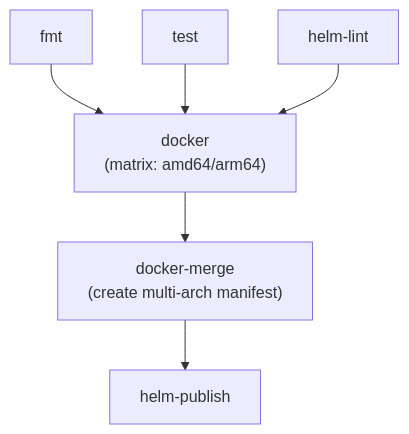
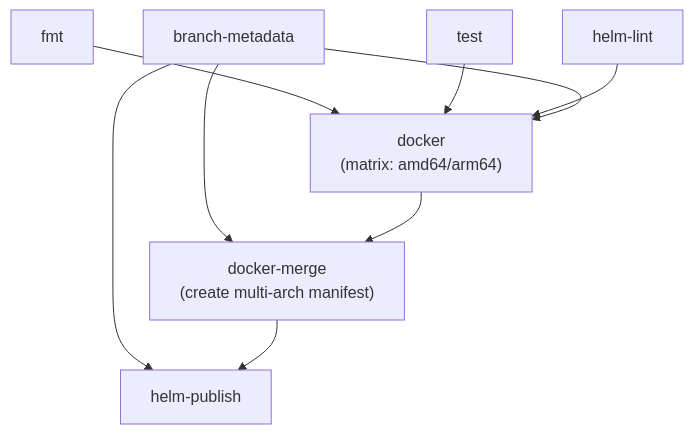
One commit to Azure/kube-state-logs changed the diagram in docs/releasing.md. Above: the diagram before and after it, drawn with Mermaid. The commit also changed other lines of this file and 4 other files, not shown here.

Commit message:
Add floating branch image and Helm chart publishing

````diff
--- a/docs/releasing.md
+++ b/docs/releasing.md
@@ -157,17 +204,21 @@
 ```mermaid
 flowchart TD
     fmt[fmt]
     test[test]
     helm-lint[helm-lint]
+    branch-metadata[branch-metadata]
     
     docker["docker<br/>(matrix: amd64/arm64)"]
     merge["docker-merge<br/>(create multi-arch manifest)"]
     helm["helm-publish"]
     
     fmt --> docker
     test --> docker
     helm-lint --> docker
+    branch-metadata --> docker
+    branch-metadata --> merge
+    branch-metadata --> helm
     
     docker --> merge
     merge --> helm
 ```
````
